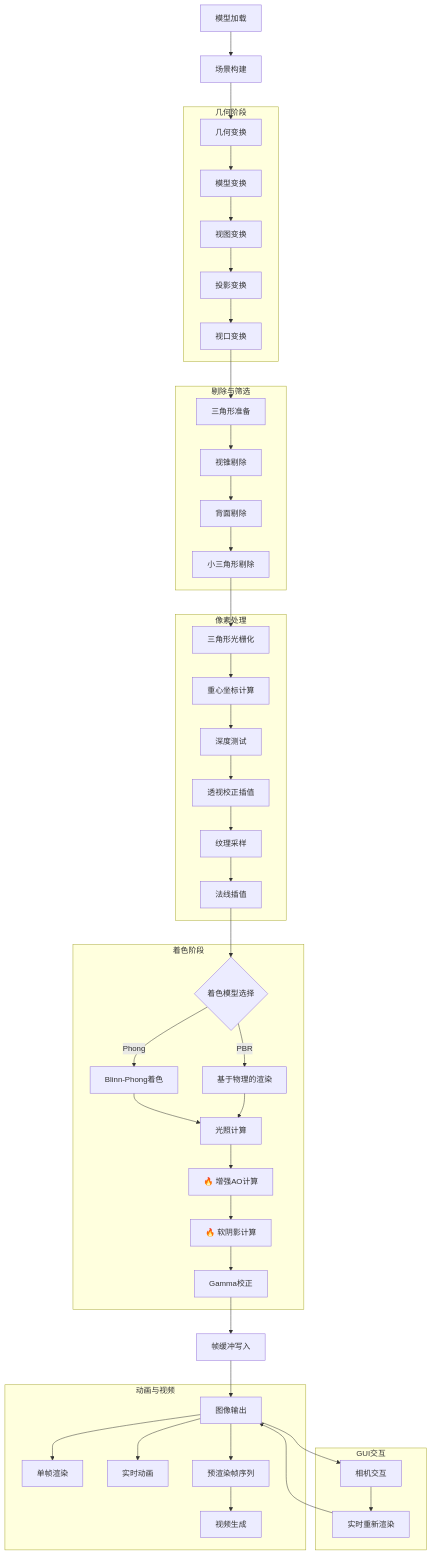
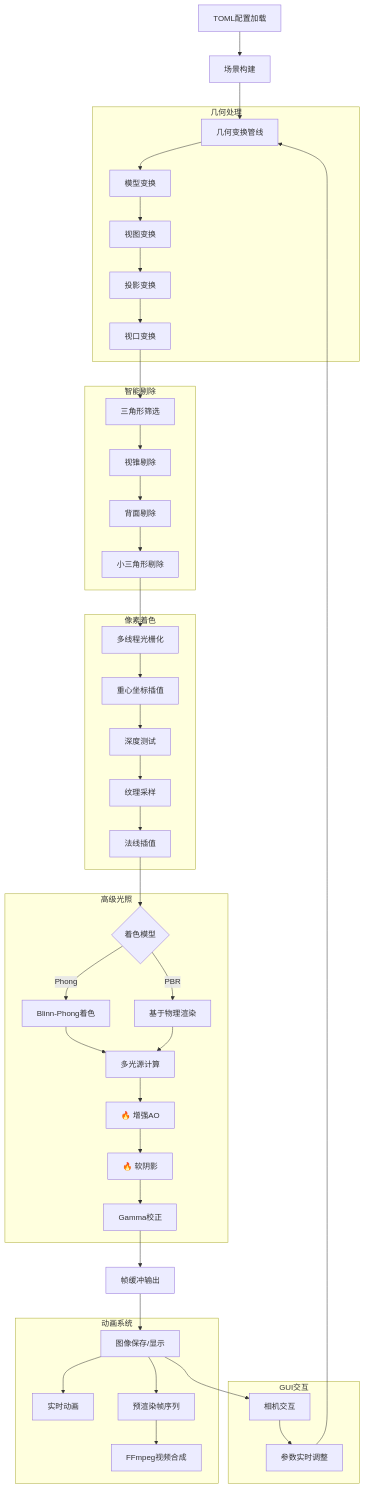
One commit to Rukkhadevata123/rasterizer-rust changed the diagram in README.md. Above: the diagram before and after it, drawn with Mermaid. The commit also changed other lines of this file and 13 other files, not shown here.

````diff
--- a/README.md
+++ b/README.md
@@ -163,57 +378,55 @@
 ```mermaid
 graph TD
-    A[模型加载] --> B[场景构建]
-    B --> C[几何变换]
+    A[TOML配置加载] --> B[场景构建]
+    B --> C[几何变换管线]
     
-    subgraph 几何阶段
+    subgraph 几何处理
         C --> D[模型变换]
         D --> E[视图变换]
         E --> F[投影变换]
         F --> G[视口变换]
     end
     
-    G --> H[三角形准备]
+    G --> H[三角形筛选]
     
-    subgraph 剔除与筛选
+    subgraph 智能剔除
         H --> H1[视锥剔除]
         H1 --> H2[背面剔除]
         H2 --> H3[小三角形剔除]
     end
     
-    H3 --> I[三角形光栅化]
+    H3 --> I[多线程光栅化]
     
-    subgraph 像素处理
-        I --> J1[重心坐标计算]
+    subgraph 像素着色
+        I --> J1[重心坐标插值]
         J1 --> J2[深度测试]
-        J2 --> J3[透视校正插值]
-        J3 --> J4[纹理采样]
-        J4 --> J5[法线插值]
+        J2 --> J3[纹理采样]
+        J3 --> J4[法线插值]
     end
     
-    subgraph 着色阶段
-        J5 --> K1{着色模型选择}
+    subgraph 高级光照
+        J4 --> K1{着色模型}
         K1 -->|Phong| K2[Blinn-Phong着色]
-        K1 -->|PBR| K3[基于物理的渲染]
-        K2 --> K4[光照计算]
+        K1 -->|PBR| K3[基于物理渲染]
+        K2 --> K4[多光源计算]
         K3 --> K4
-        K4 --> K6[🔥 增强AO计算]
-        K6 --> K7[🔥 软阴影计算]
-        K7 --> K5[Gamma校正]
+        K4 --> K5[🔥 增强AO]
+        K5 --> K6[🔥 软阴影]
+        K6 --> K7[Gamma校正]
     end
     
-    K5 --> L[帧缓冲写入]
-    L --> M[图像输出]
+    K7 --> L[帧缓冲输出]
+    L --> M[图像保存/显示]
     
-    subgraph 动画与视频
-        M --> N1[单帧渲染]
-        M --> N2[实时动画]
-        M --> N3[预渲染帧序列]
-        N3 --> N4[视频生成]
+    subgraph 动画系统
+        M --> N1[实时动画]
+        M --> N2[预渲染帧序列]
+        N2 --> N3[FFmpeg视频合成]
     end
     
     subgraph GUI交互
         M --> O1[相机交互]
-        O1 --> O2[实时重新渲染]
-        O2 --> M
+        O1 --> O2[参数实时调整]
+        O2 --> C
     end
 ```
````
